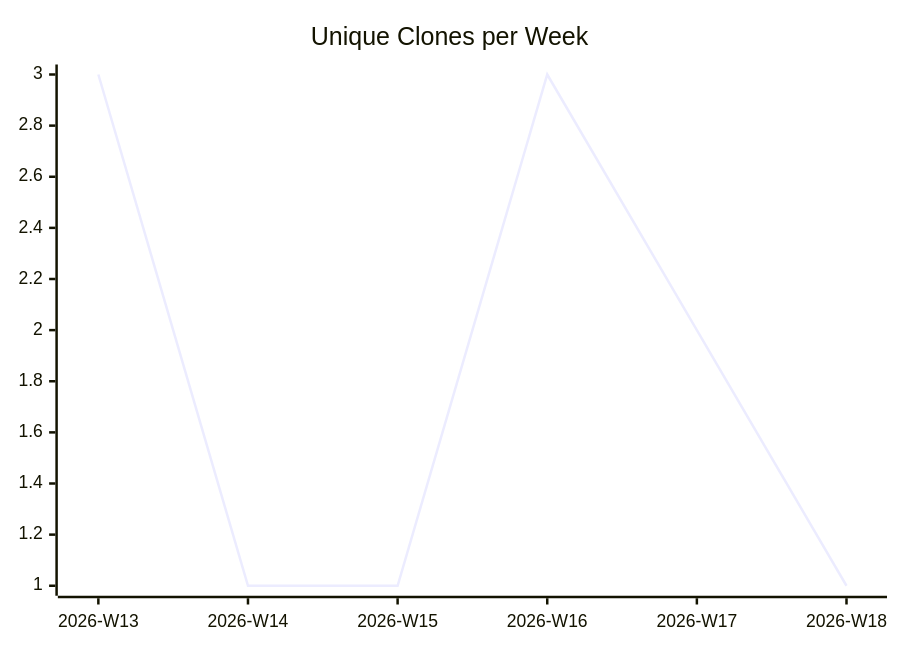
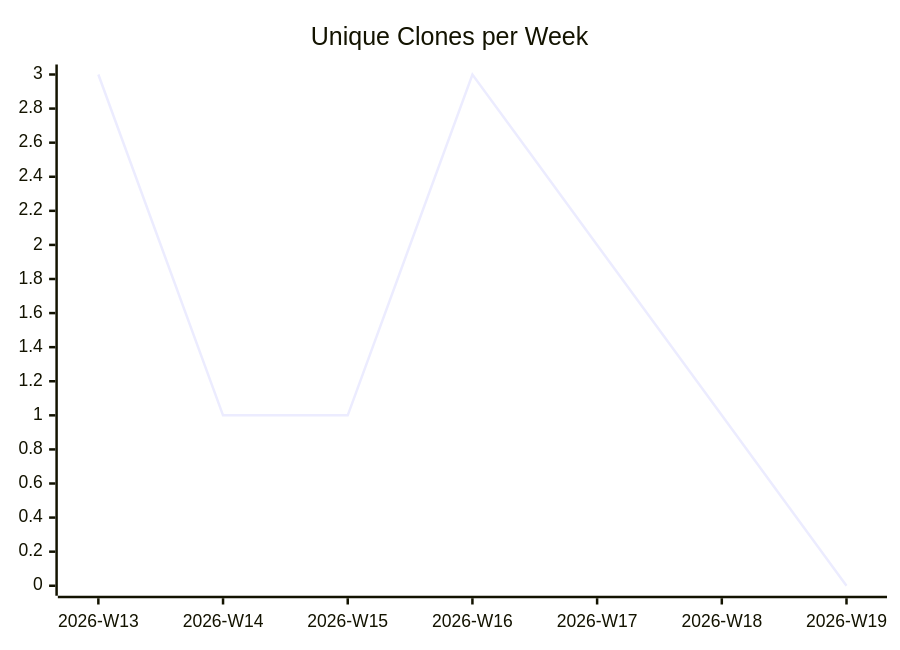
The third of 3 diagrams in karlmdavis/test-repo-for-move/README.md (justdavis-family/github-analytics-data), drawn with Mermaid before and after one commit. The commit also changed other lines of this file and 187 other files, not shown here.

````diff
--- a/karlmdavis/test-repo-for-move/README.md
+++ b/karlmdavis/test-repo-for-move/README.md
@@ -19,6 +19,6 @@
 ```mermaid
 xychart-beta
   title "Unique Clones per Week"
-  x-axis ["2026-W13", "2026-W14", "2026-W15", "2026-W16", "2026-W17", "2026-W18"]
-  line [3, 1, 1, 3, 2, 1]
+  x-axis ["2026-W13", "2026-W14", "2026-W15", "2026-W16", "2026-W17", "2026-W18", "2026-W19"]
+  line [3, 1, 1, 3, 2, 1, 0]
 ```
````
